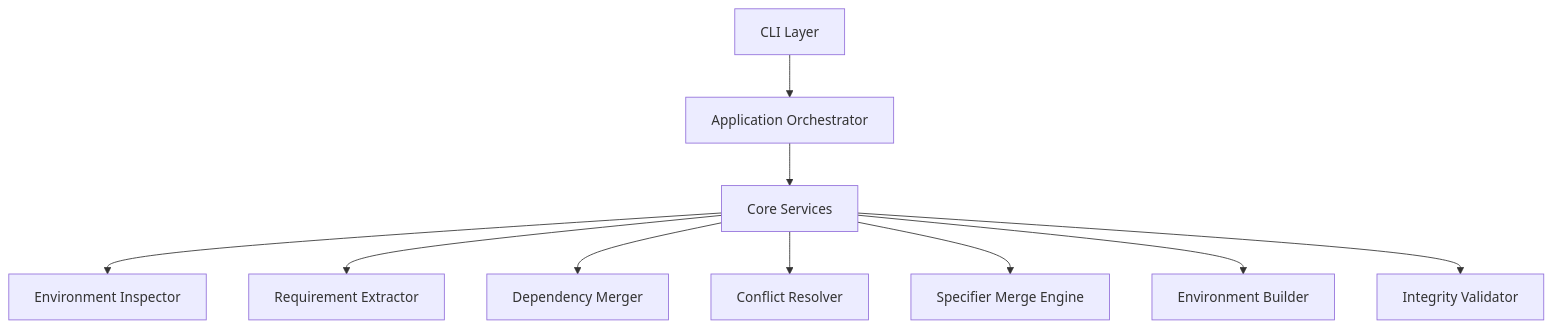
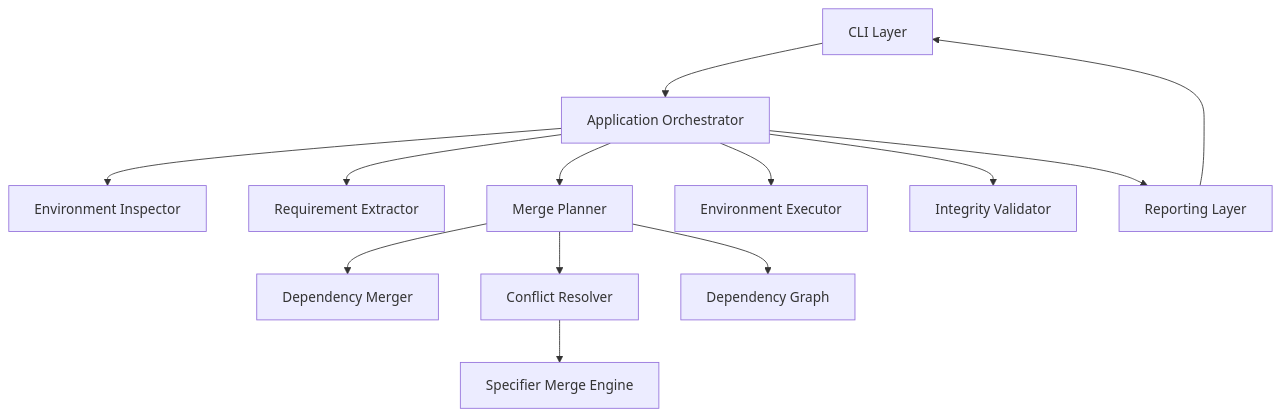
One commit to vishwanathdvgmm/pyvenvmerge changed the first of 2 diagrams in ARCHITECTURE.md. Above: the diagram before and after it, drawn with Mermaid. The commit also changed other lines of this file and 2 other files, not shown here.

````diff
--- a/ARCHITECTURE.md
+++ b/ARCHITECTURE.md
@@ -3,15 +3,22 @@
 ```mermaid
 flowchart TD
-CLI[CLI Layer] --> Orchestrator[Application Orchestrator]
+    CLI[CLI Layer]
+    ORCH[Application Orchestrator]
 
-    Orchestrator --> Core[Core Services]
+    CLI --> ORCH
 
-    Core --> EnvInspector[Environment Inspector]
-    Core --> ReqExtractor[Requirement Extractor]
-    Core --> DepMerger[Dependency Merger]
-    Core --> ConflictResolver[Conflict Resolver]
-    Core --> SpecMerge[Specifier Merge Engine]
-    Core --> Executor[Environment Builder]
-    Core --> IntegrityValidator[Integrity Validator]
+    ORCH --> INSPECTOR[Environment Inspector]
+    ORCH --> EXTRACTOR[Requirement Extractor]
+    ORCH --> PLANNER[Merge Planner]
+    ORCH --> EXECUTOR[Environment Executor]
+    ORCH --> VALIDATOR[Integrity Validator]
 
+    PLANNER --> MERGER[Dependency Merger]
+    PLANNER --> RESOLVER[Conflict Resolver]
+    RESOLVER --> SPECMERGE[Specifier Merge Engine]
+    PLANNER --> DEPGRAPH[Dependency Graph]
+
+    ORCH --> REPORTING[Reporting Layer]
+
+    REPORTING --> CLI
 ```
````
